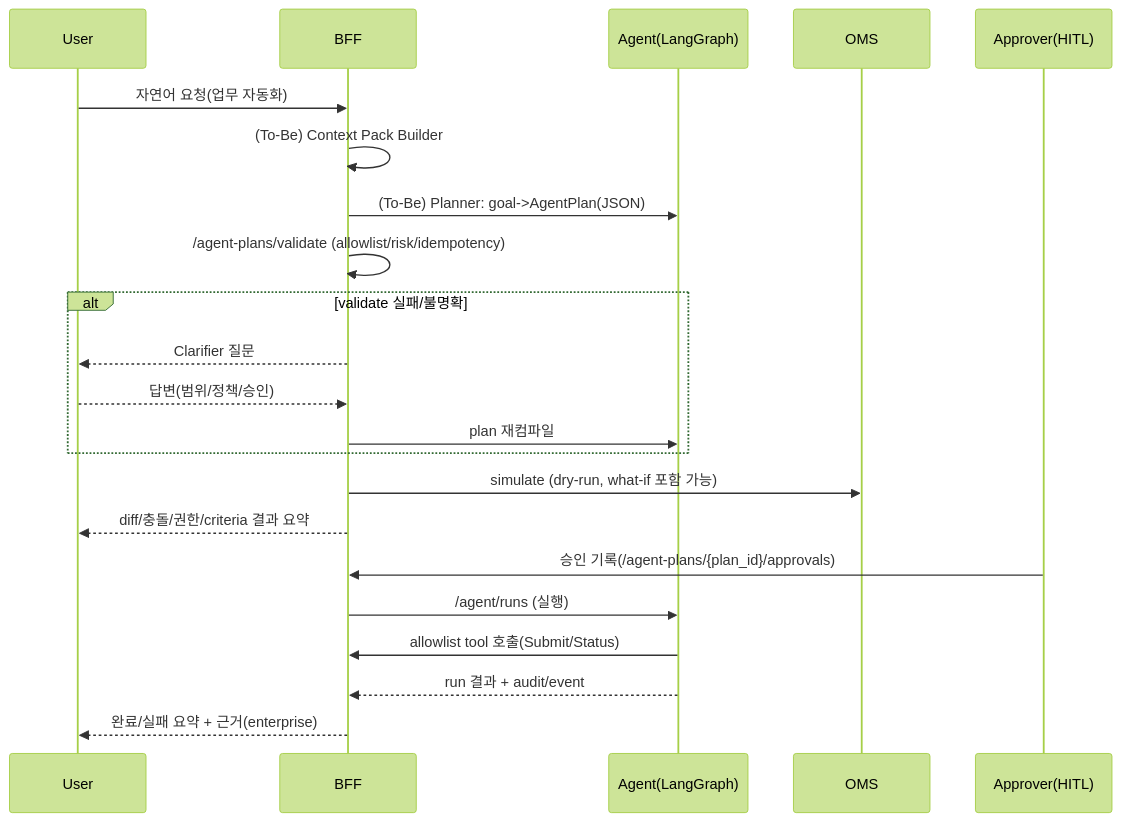
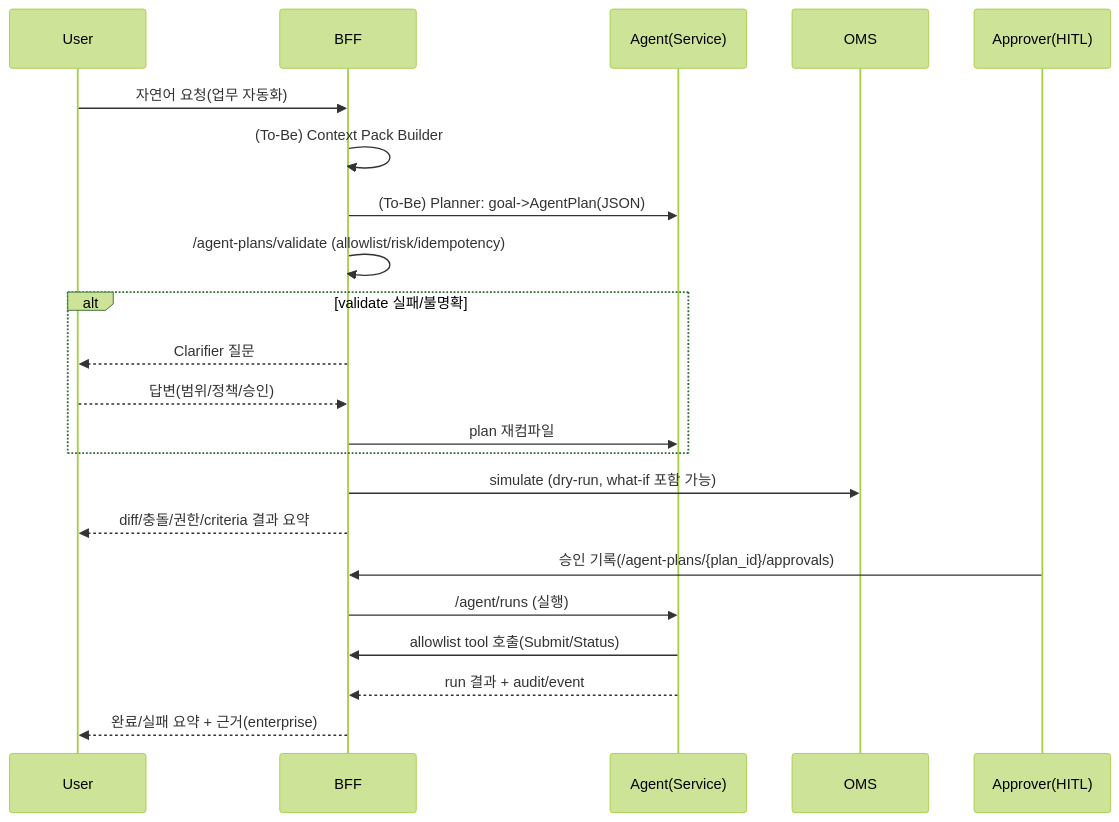
One commit to ludia8888/SPICE-Harvester changed the diagram in docs/LLM_NATIVE_CONTROL_PLANE.md. Above: the diagram before and after it, drawn with Mermaid (forest theme). The commit also changed other lines of this file and 14 other files, not shown here.

````diff
--- a/docs/LLM_NATIVE_CONTROL_PLANE.md
+++ b/docs/LLM_NATIVE_CONTROL_PLANE.md
@@ -184,25 +184,25 @@
 ```mermaid
 sequenceDiagram
   participant U as User
   participant B as BFF
-  participant A as Agent(LangGraph)
+  participant A as Agent(Service)
   participant O as OMS
   participant P as Approver(HITL)
 
   U->>B: 자연어 요청(업무 자동화)
   B->>B: (To-Be) Context Pack Builder
   B->>A: (To-Be) Planner: goal->AgentPlan(JSON)
   B->>B: /agent-plans/validate (allowlist/risk/idempotency)
   alt validate 실패/불명확
     B-->>U: Clarifier 질문
     U-->>B: 답변(범위/정책/승인)
     B->>A: plan 재컴파일
   end
   B->>O: simulate (dry-run, what-if 포함 가능)
   B-->>U: diff/충돌/권한/criteria 결과 요약
   P->>B: 승인 기록(/agent-plans/{plan_id}/approvals)
   B->>A: /agent/runs (실행)
   A->>B: allowlist tool 호출(Submit/Status)
   A-->>B: run 결과 + audit/event
   B-->>U: 완료/실패 요약 + 근거(enterprise)
 ```
````
